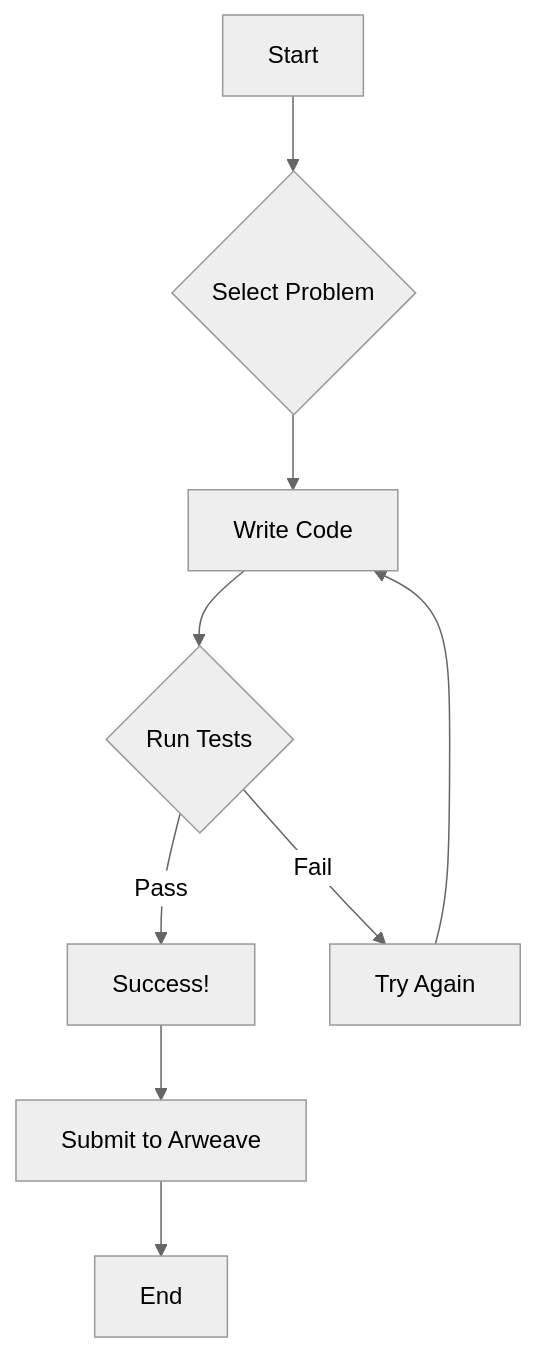
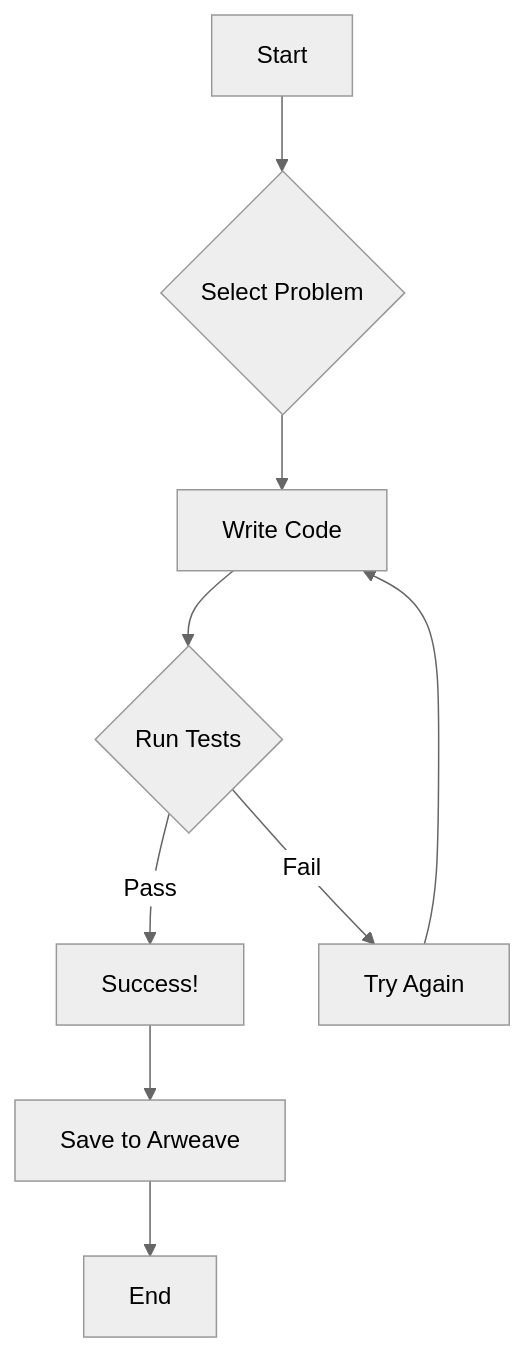
One commit to IshitaPathak/leetcode-for-ao changed the diagram in README.md. Above: the diagram before and after it, drawn with Mermaid (neutral theme). The commit also changed other lines of this file, not shown here.

````diff
--- a/README.md
+++ b/README.md
@@ -196,11 +190,11 @@
 ```mermaid
 graph TD
     A[Start] --> B{Select Problem};
     B --> C[Write Code];
     C --> D{Run Tests};
     D -- Pass --> E[Success!];
     D -- Fail --> F[Try Again];
-    E --> G[Submit to Arweave];
+    E --> G[Save to Arweave];
     F --> C;
     G --> H[End];
 ```
````
